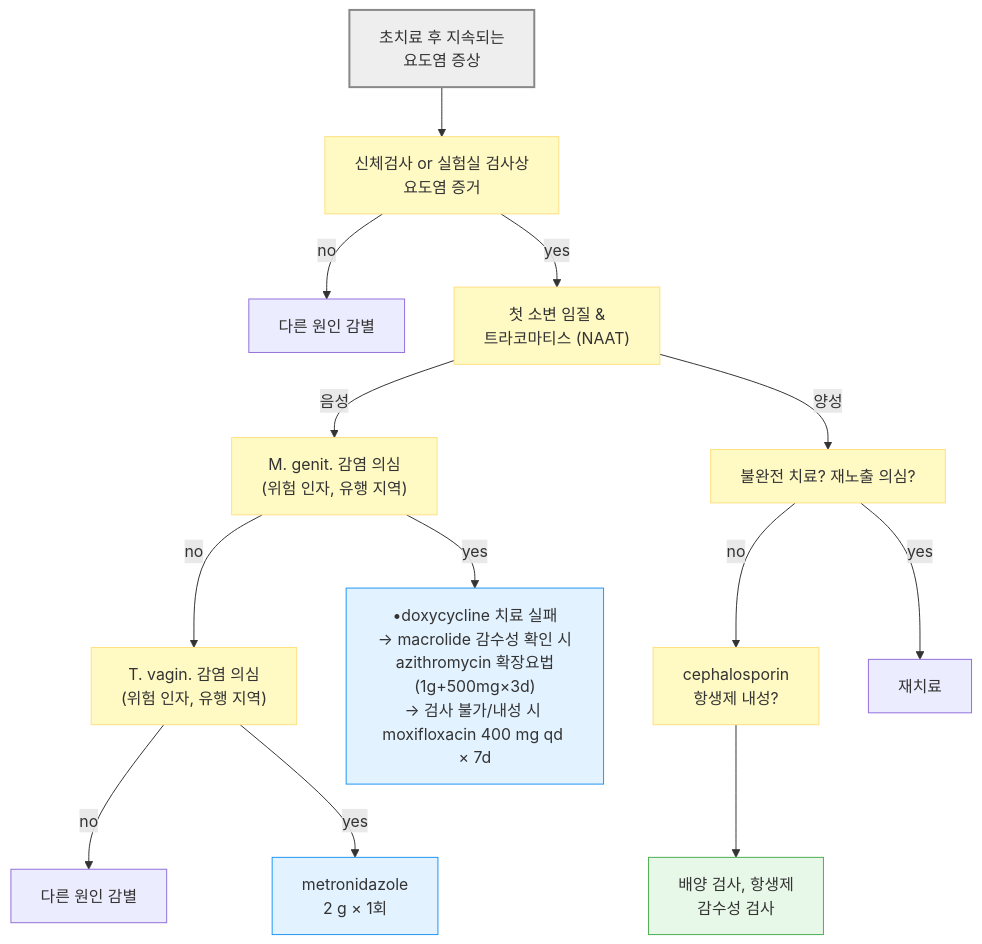
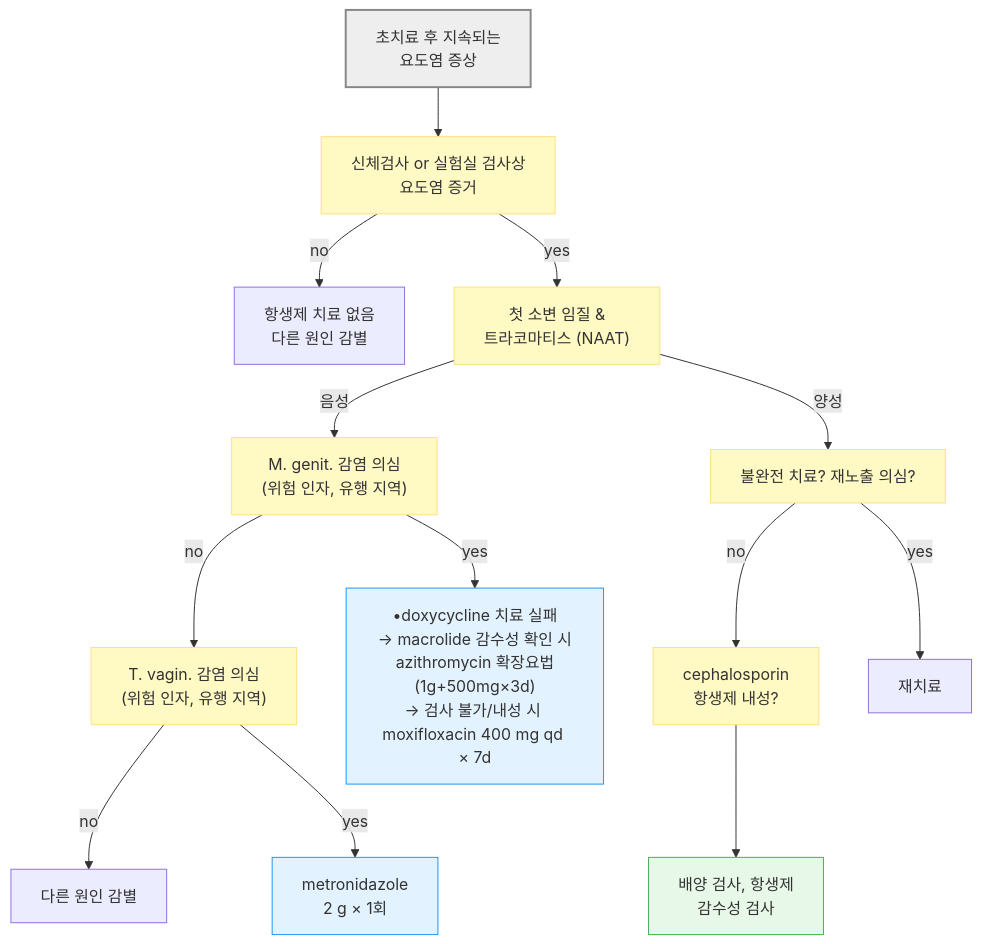
One commit to familyoh77/familyoh77 changed the diagram in 227_/115_-urethritis.md. Above: the diagram before and after it, drawn with Mermaid. The commit also changed other lines of this file, not shown here.

````diff
--- a/227_/115_-urethritis.md
+++ b/227_/115_-urethritis.md
@@ -141,24 +141,24 @@
 ```mermaid
 flowchart TD
     Start["초치료 후 지속되는 <br/>요도염 증상"] 
 --> A["신체검사 or 실험실 검사상 <br/>요도염 증거"]
-    A -- no --> B["다른 원인 감별"]
+    A -- no --> B["항생제 치료 없음<br>다른 원인 감별"]
     A -- yes --> C["첫 소변 임질 & <br/>트라코마티스 (NAAT)"]
     C -- 음성 --> D["M. genit. 감염 의심<br>(위험 인자, 유행 지역)"]
     C -- 양성 --> E["불완전 치료? 재노출 의심?"]
     D -- no --> F["T. vagin. 감염 의심<br>(위험 인자, 유행 지역)"]
     D -- yes --> G["•doxycycline 치료 실패<br>→ macrolide 감수성 확인 시<br/>azithromycin 확장요법<br/>(1g+500mg×3d)<br>→ 검사 불가/내성 시 <br/>moxifloxacin 400 mg qd × 7d"]
     F -- no --> H["다른 원인 감별"]
     F -- yes --> I["metronidazole<br>2 g × 1회"]
     E -- no --> J["cephalosporin<br>항생제 내성?"]
     E -- yes --> K["재치료"]
     J --> L["배양 검사, 항생제<br>감수성 검사"]
 
 style Start fill:#eeeeee,stroke:#888888,stroke-width:2px
 classDef yellow fill:#fff9c4,stroke:#ffe082
 class A,C,E,D,F,J yellow
 classDef sky fill:#e3f2ff,stroke:#2196f3
 class G,I sky
 style L fill:#e8f8e8,stroke:#4caf50
 
 ```
````
